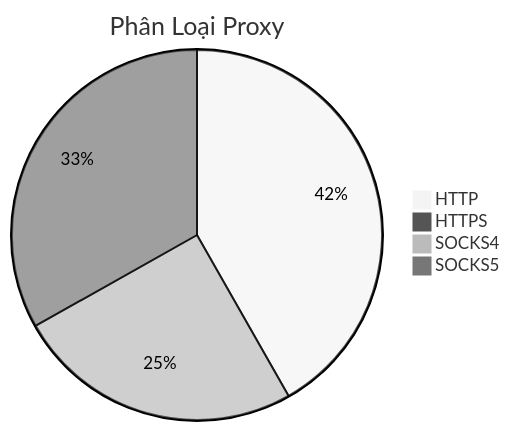
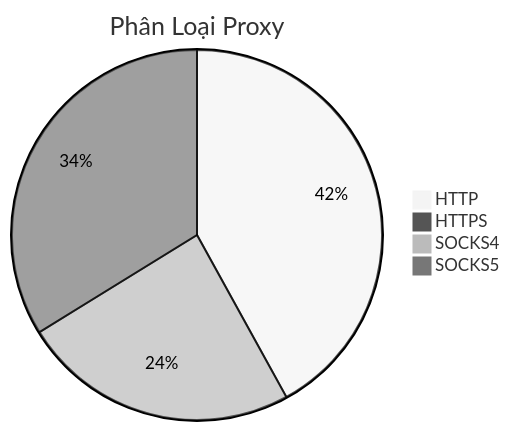
Before and after one commit to Ciara-12/PROXY-free: the diagram in README.md, drawn with Mermaid (neutral theme). The commit also changed other lines of this file and 3 other files, not shown here.

````diff
--- a/README.md
+++ b/README.md
@@ -26,7 +26,7 @@
 ```mermaid
 pie title Phân Loại Proxy
-    "HTTP" : 388
+    "HTTP" : 395
     "HTTPS" : 0
-    "SOCKS4" : 233
-    "SOCKS5" : 308
+    "SOCKS4" : 228
+    "SOCKS5" : 318
 ```
````
